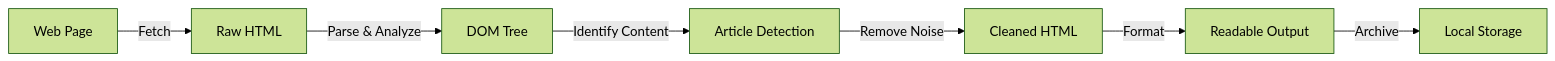
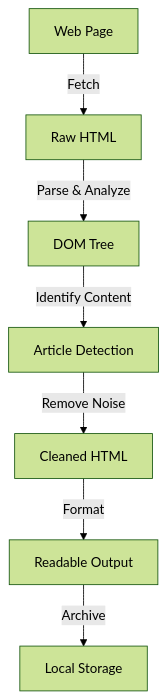
Before and after one commit to subranag/declutter: the diagram in README.md, drawn with Mermaid (forest theme).

Commit message:
grpah orientation

````diff
--- a/README.md
+++ b/README.md
@@ -30,9 +30,9 @@
 ```mermaid
-graph LR
+graph TD
     A[Web Page] -->|Fetch| B[Raw HTML]
     B -->|Parse & Analyze| C[DOM Tree]
     C -->|Identify Content| D[Article Detection]
     D -->|Remove Noise| E[Cleaned HTML]
     E -->|Format| F[Readable Output]
     F -->|Archive| G[Local Storage]
 ```
````
